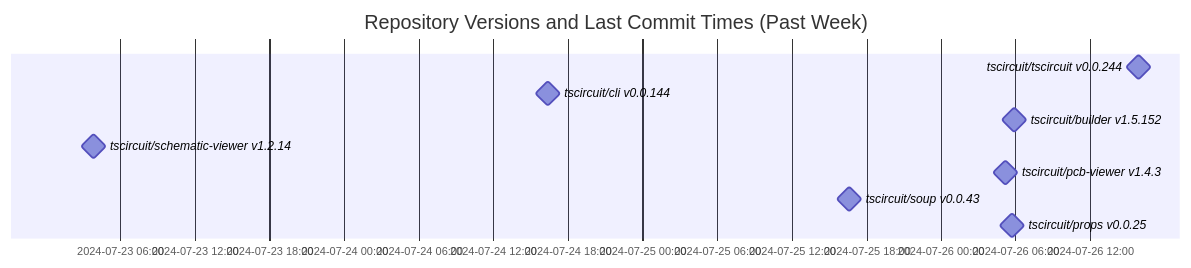
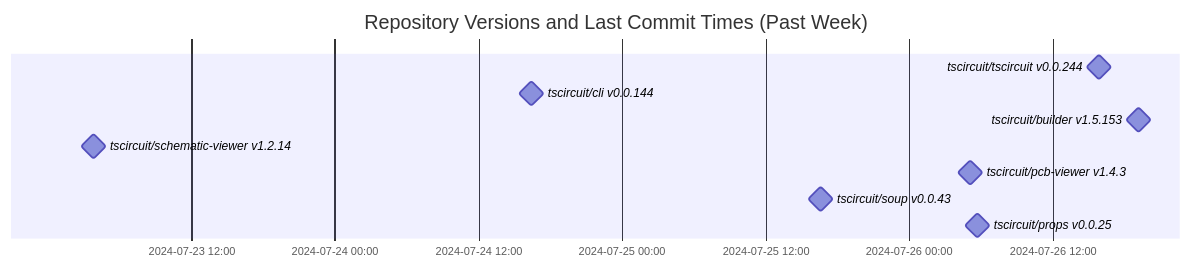
Before and after one commit to tscircuit/version-tracker: the diagram in README.md, drawn with Mermaid.

Commit message:
Update chart

````diff
--- a/README.md
+++ b/README.md
@@ -1,14 +1,14 @@
 ```mermaid
 gantt
   dateFormat  YYYY-MM-DD HH:mm:ss
   title Repository Versions and Last Commit Times (Past Week)
   axisFormat %Y-%m-%d %H:%M
 
   tscircuit/tscircuit v0.0.244 : milestone, 2024-07-26 15:53:43, 1s
   tscircuit/cli v0.0.144 : milestone, 2024-07-24 16:24:13, 1s
-  tscircuit/builder v1.5.152 : milestone, 2024-07-26 05:55:45, 1s
+  tscircuit/builder v1.5.153 : milestone, 2024-07-26 19:12:29, 1s
   tscircuit/schematic-viewer v1.2.14 : milestone, 2024-07-23 03:50:56, 1s
   tscircuit/pcb-viewer v1.4.3 : milestone, 2024-07-26 05:10:56, 1s
   tscircuit/soup v0.0.43 : milestone, 2024-07-25 16:35:25, 1s
   tscircuit/props v0.0.25 : milestone, 2024-07-26 05:44:11, 1s
 ```
````
